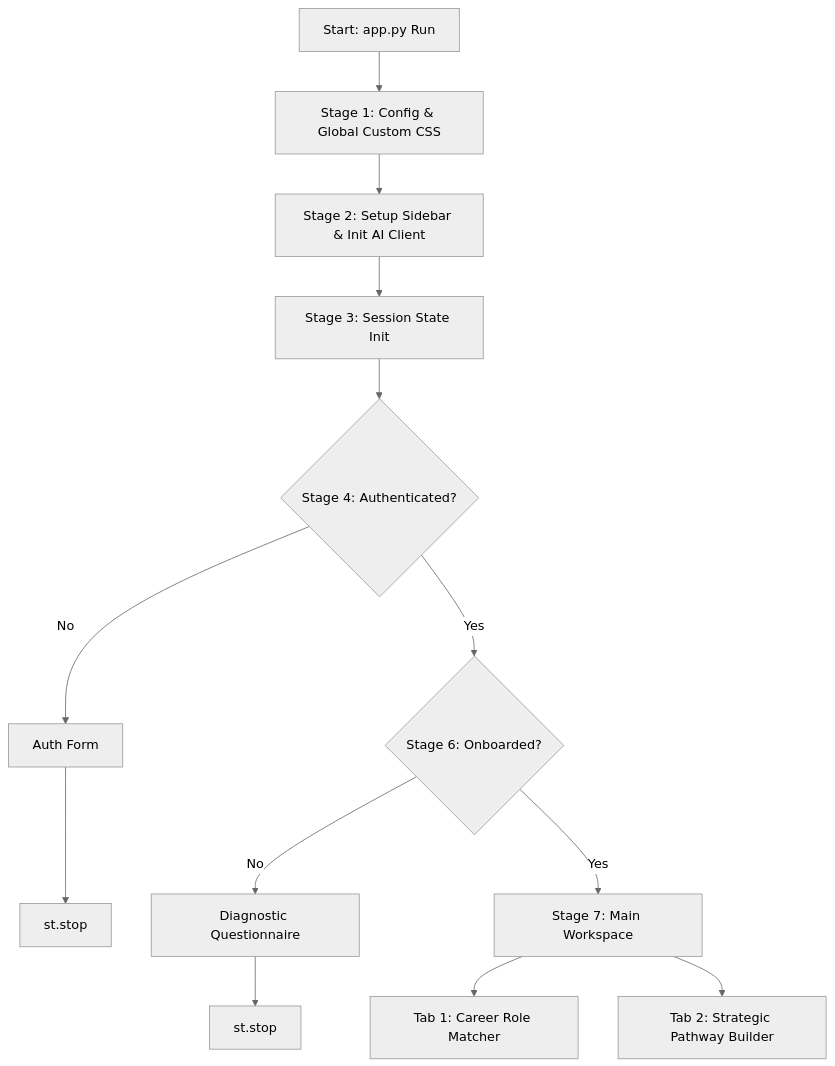
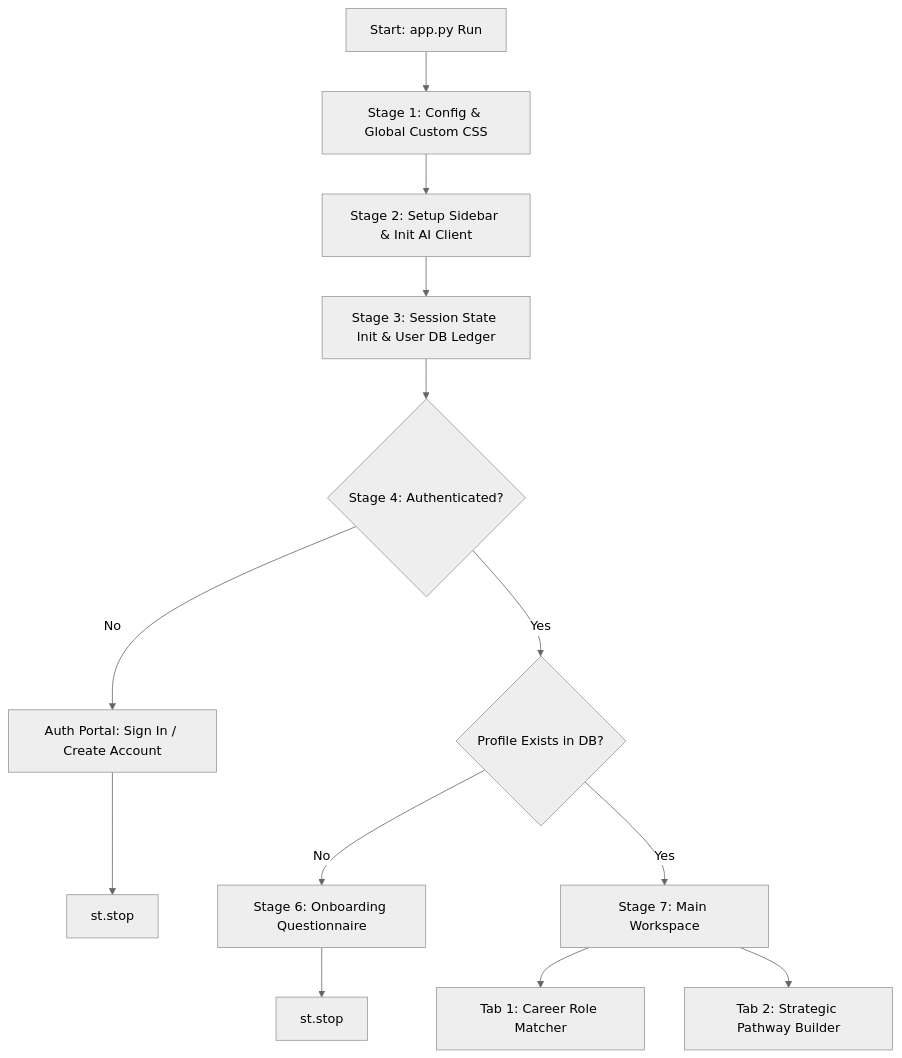
One commit to don-jose07/careernexus-ai changed the diagram in README.md. Above: the diagram before and after it, drawn with Mermaid (neutral theme). The commit also changed other lines of this file, not shown here.

````diff
--- a/README.md
+++ b/README.md
@@ -34,13 +34,13 @@
 ```mermaid
 graph TD
     A[Start: app.py Run] --> B[Stage 1: Config & Global Custom CSS]
     B --> C[Stage 2: Setup Sidebar & Init AI Client]
-    C --> D[Stage 3: Session State Init]
+    C --> D[Stage 3: Session State Init & User DB Ledger]
     D --> E{Stage 4: Authenticated?}
-    E -- No --> F[Auth Form] --> G[st.stop]
-    E -- Yes --> H{Stage 6: Onboarded?}
-    H -- No --> I[Diagnostic Questionnaire] --> J[st.stop]
+    E -- No --> F[Auth Portal: Sign In / Create Account] --> G[st.stop]
+    E -- Yes --> H{Profile Exists in DB?}
+    H -- No --> I[Stage 6: Onboarding Questionnaire] --> J[st.stop]
     H -- Yes --> K[Stage 7: Main Workspace]
     K --> L[Tab 1: Career Role Matcher]
     K --> M[Tab 2: Strategic Pathway Builder]
 ```
````
